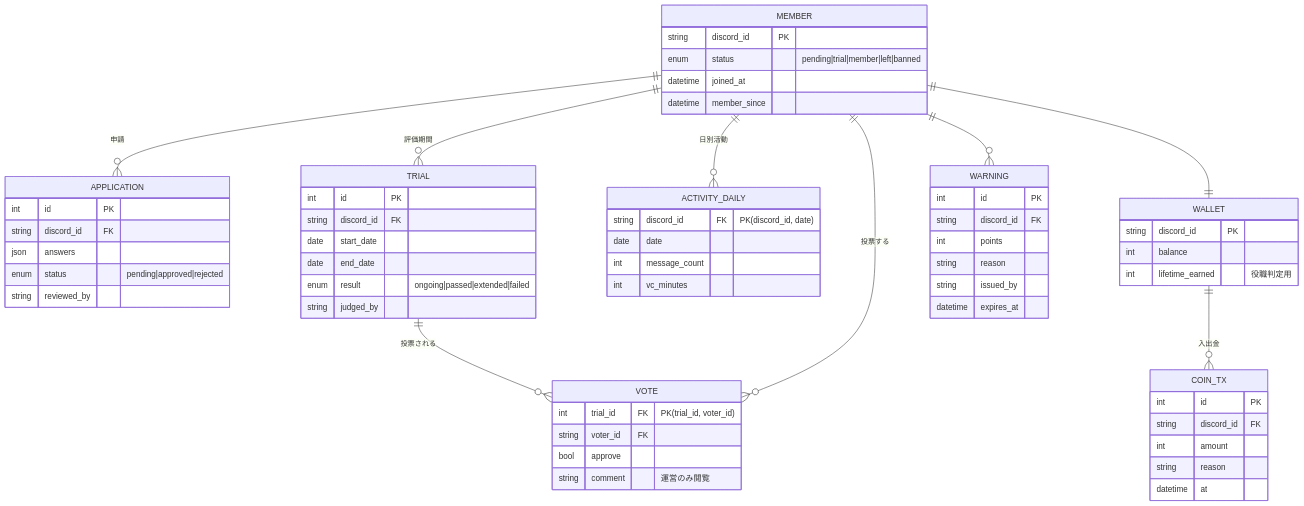
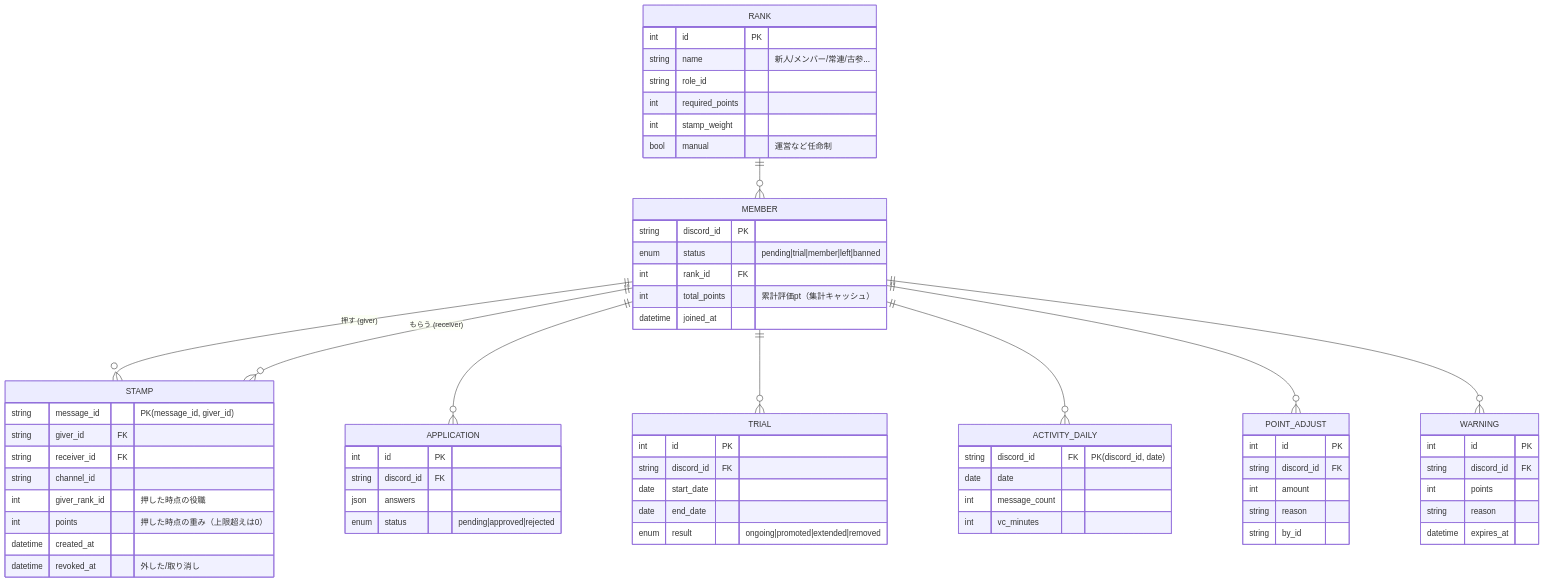
The second of 2 diagrams in docs/design.md (manakikido-jpg/evaluation), drawn with Mermaid before and after one commit. The commit also changed other lines of this file, not shown here.

First line of the commit message:
Switch evaluation to role-weighted stamp reactions by all members

````diff
--- a/docs/design.md
+++ b/docs/design.md
@@ -223,64 +227,69 @@
 ```mermaid
 erDiagram
-    MEMBER ||--o{ APPLICATION : "申請"
-    MEMBER ||--o{ TRIAL : "評価期間"
-    TRIAL ||--o{ VOTE : "投票される"
-    MEMBER ||--o{ VOTE : "投票する"
-    MEMBER ||--o{ ACTIVITY_DAILY : "日別活動"
-    MEMBER ||--|| WALLET : ""
-    WALLET ||--o{ COIN_TX : "入出金"
+    MEMBER ||--o{ STAMP : "押す (giver)"
+    MEMBER ||--o{ STAMP : "もらう (receiver)"
+    MEMBER ||--o{ APPLICATION : ""
+    MEMBER ||--o{ TRIAL : ""
+    MEMBER ||--o{ ACTIVITY_DAILY : ""
+    MEMBER ||--o{ POINT_ADJUST : ""
     MEMBER ||--o{ WARNING : ""
+    RANK ||--o{ MEMBER : ""
     MEMBER {
       string discord_id PK
       enum status "pending|trial|member|left|banned"
+      int rank_id FK
+      int total_points "累計評価pt（集計キャッシュ）"
       datetime joined_at
-      datetime member_since
+    }
+    RANK {
+      int id PK
+      string name "新人/メンバー/常連/古参..."
+      string role_id
+      int required_points
+      int stamp_weight
+      bool manual "運営など任命制"
+    }
+    STAMP {
+      string message_id "PK(message_id, giver_id)"
+      string giver_id FK
+      string receiver_id FK
+      string channel_id
+      int giver_rank_id "押した時点の役職"
+      int points "押した時点の重み（上限超えは0）"
+      datetime created_at
+      datetime revoked_at "外した/取り消し"
+    }
+    POINT_ADJUST {
+      int id PK
+      string discord_id FK
+      int amount
+      string reason
+      string by_id
     }
     APPLICATION {
       int id PK
       string discord_id FK
       json answers
       enum status "pending|approved|rejected"
-      string reviewed_by
     }
     TRIAL {
       int id PK
       string discord_id FK
       date start_date
       date end_date
-      enum result "ongoing|passed|extended|failed"
-      string judged_by
-    }
-    VOTE {
-      int trial_id FK "PK(trial_id, voter_id)"
-      string voter_id FK
-      bool approve
-      string comment "運営のみ閲覧"
+      enum result "ongoing|promoted|extended|removed"
     }
     ACTIVITY_DAILY {
       string discord_id FK "PK(discord_id, date)"
       date date
       int message_count
       int vc_minutes
     }
-    WALLET {
-      string discord_id PK
-      int balance
-      int lifetime_earned "役職判定用"
-    }
-    COIN_TX {
-      int id PK
-      string discord_id FK
-      int amount
-      string reason
-      datetime at
-    }
     WARNING {
       int id PK
       string discord_id FK
       int points
       string reason
-      string issued_by
       datetime expires_at
     }
 ```
````
